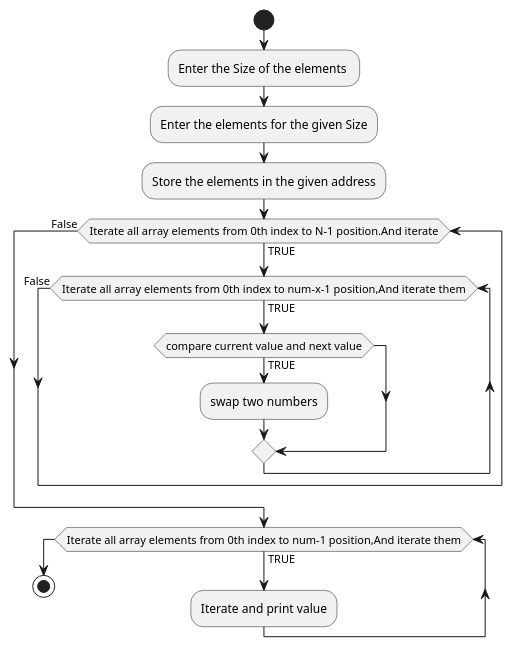
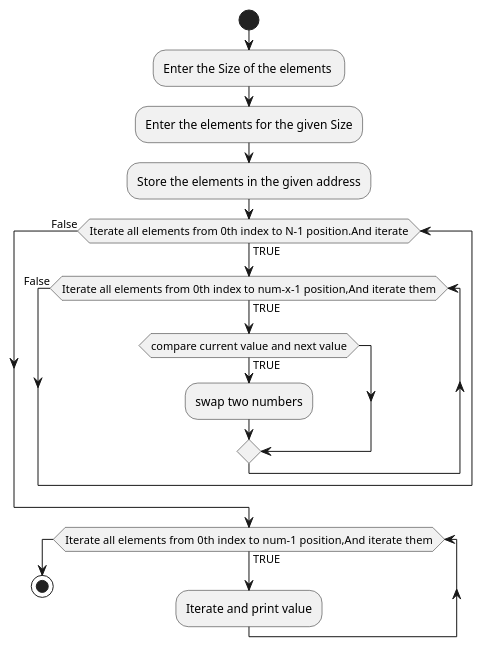
The diagram in assets/bubble-sort.plantuml (AthiMCCI/bubble-sort), drawn with PlantUML before and after one commit.

Commit message:
update flow chat

```diff
--- a/assets/bubble-sort.plantuml
+++ b/assets/bubble-sort.plantuml
@@ -1,17 +1,17 @@
 @startuml " bubble-sort"
 start
 :Enter the Size of the elements ;
 :Enter the elements for the given Size;
 :Store the elements in the given address;
-while (Iterate all array elements from 0th index to N-1 position.And iterate) is (TRUE)
-    while (Iterate all array elements from 0th index to num-x-1 position,And iterate them) is (TRUE)
+while (Iterate all elements from 0th index to N-1 position.And iterate) is (TRUE)
+    while (Iterate all elements from 0th index to num-x-1 position,And iterate them) is (TRUE)
     if (compare current value and next value) is (TRUE) then
         :swap two numbers;
     endif 
     endwhile (False)
 endwhile (False)
-while (Iterate all array elements from 0th index to num-1 position,And iterate them) is (TRUE)
+while (Iterate all  elements from 0th index to num-1 position,And iterate them) is (TRUE)
     :Iterate and print value;
 endwhile
 stop
 @enduml
```
